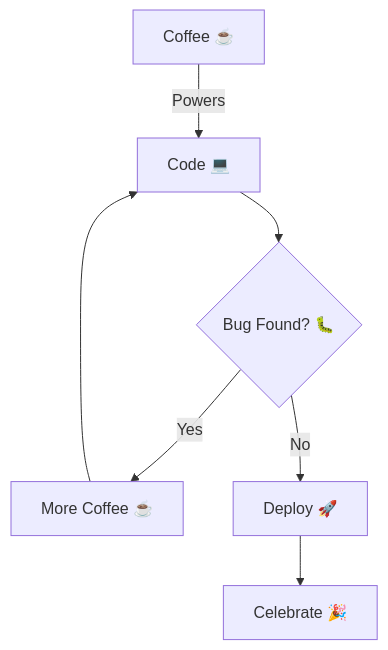
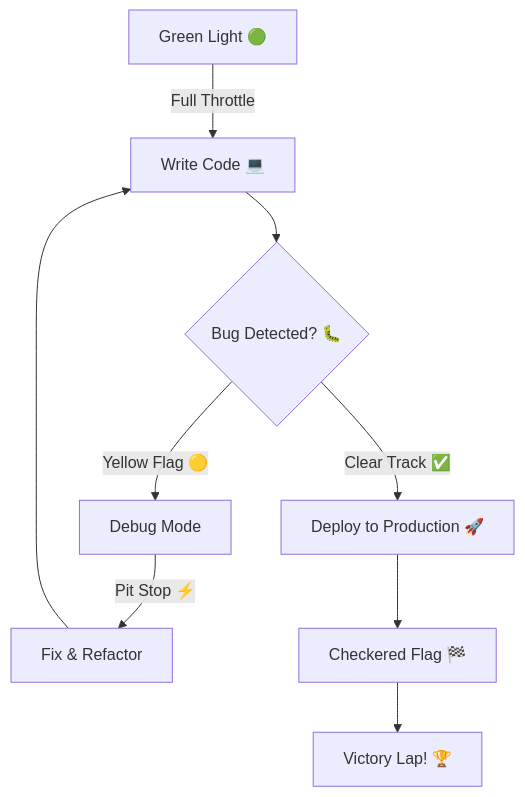
Before and after one commit to hatim3310/hatim3310: the diagram in README.md, drawn with Mermaid. The commit also changed other lines of this file, not shown here.

````diff
--- a/README.md
+++ b/README.md
@@ -212,9 +248,11 @@
 ```mermaid
 graph TD
-    A[Coffee ☕] -->|Powers| B[Code 💻]
-    B --> C{Bug Found? 🐛}
-    C -->|Yes| D[More Coffee ☕]
-    C -->|No| E[Deploy 🚀]
-    D --> B
-    E --> F[Celebrate 🎉]
+    A[Green Light 🟢] -->|Full Throttle| B[Write Code 💻]
+    B --> C{Bug Detected? 🐛}
+    C -->|Yellow Flag 🟡| D[Debug Mode]
+    C -->|Clear Track ✅| E[Deploy to Production 🚀]
+    D -->|Pit Stop ⚡| F[Fix & Refactor]
+    F --> B
+    E --> G[Checkered Flag 🏁]
+    G --> H[Victory Lap! 🏆]
 ```
````
